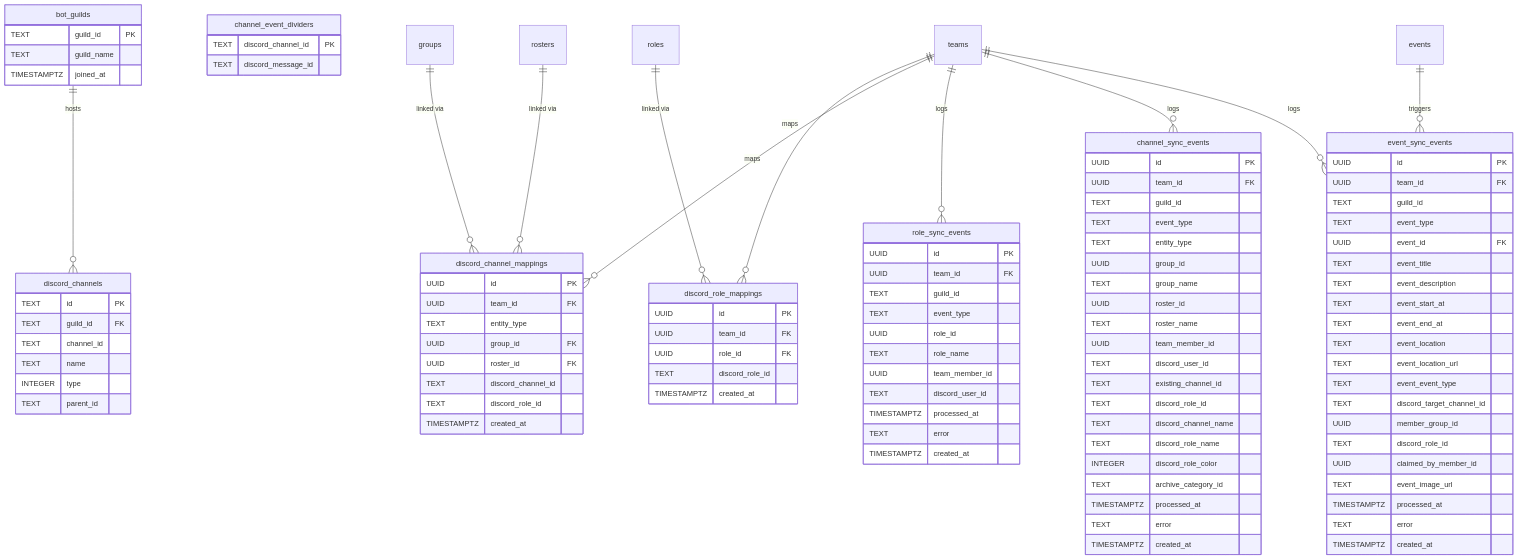
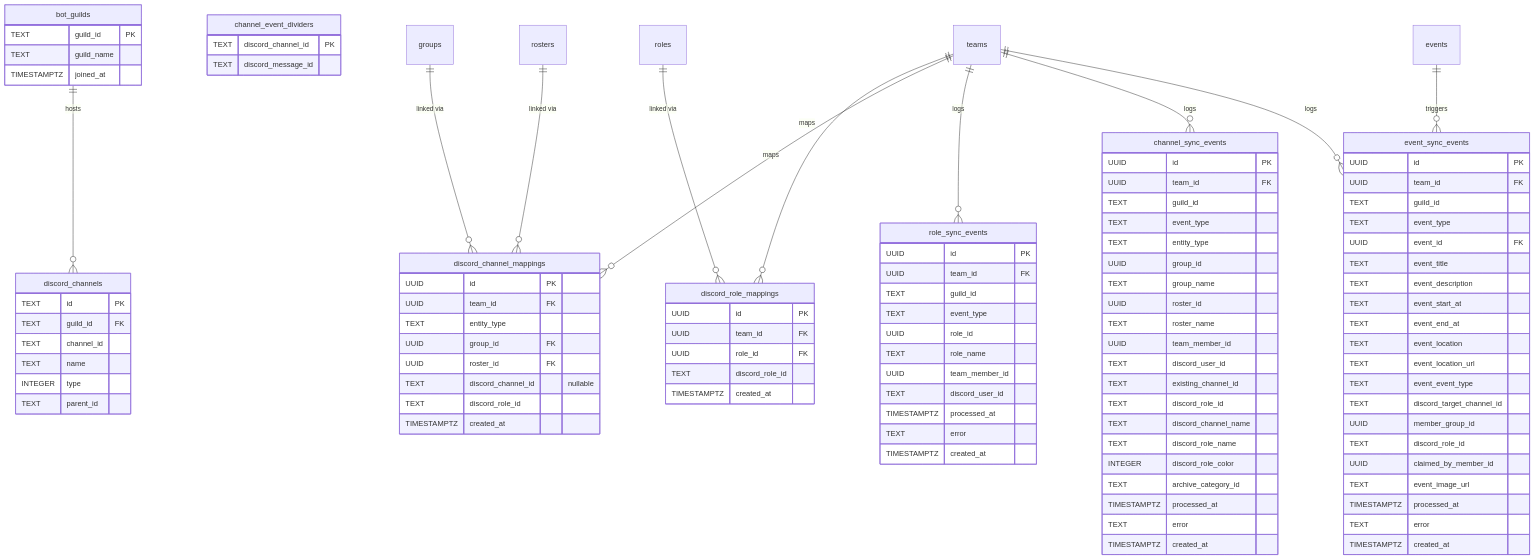
One commit to maxa-ondrej/sideline changed the eighth of 12 diagrams in docs/thesis/er-diagram.md. Above: the diagram before and after it, drawn with Mermaid. The commit also changed other lines of this file and 43 other files, not shown here.

First line of the commit message:
feat: decouple Discord channel from role on groups

```diff
--- a/docs/thesis/er-diagram.md
+++ b/docs/thesis/er-diagram.md
@@ -482,7 +482,7 @@
         TEXT entity_type
         UUID group_id FK
         UUID roster_id FK
-        TEXT discord_channel_id
+        TEXT discord_channel_id "nullable"
         TEXT discord_role_id
         TIMESTAMPTZ created_at
     }
```
